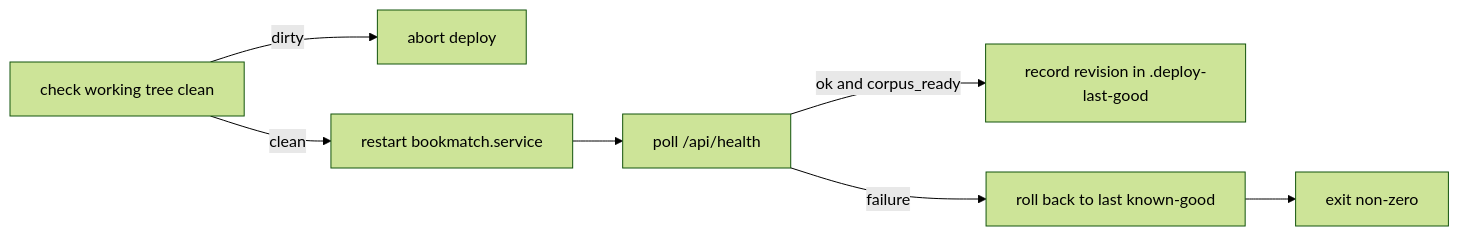
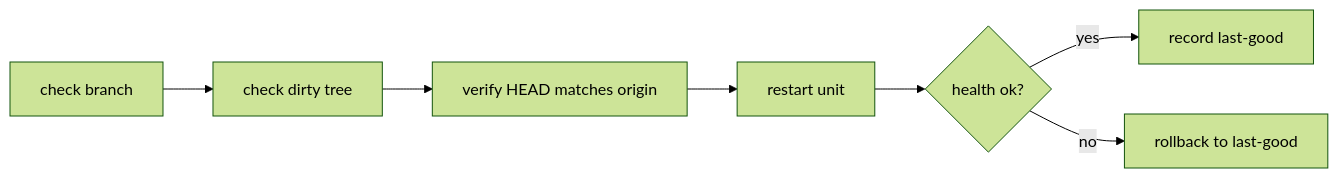
The fourth of 4 diagrams in docs/3_WORKFLOWS.md (cptntrps/bookmatch), drawn with Mermaid (forest theme) before and after one commit. The commit also changed other lines of this file and 5 other files, not shown here.

````diff
--- a/docs/3_WORKFLOWS.md
+++ b/docs/3_WORKFLOWS.md
@@ -112,9 +105,9 @@
 ```mermaid
 graph LR
-    A[check working tree clean] -->|dirty| B[abort deploy]
-    A -->|clean| C[restart bookmatch.service]
-    C --> D[poll /api/health]
-    D -->|ok and corpus_ready| E[record revision in .deploy-last-good]
-    D -->|failure| F[roll back to last known-good]
-    F --> G[exit non-zero]
+    A[check branch] --> B[check dirty tree]
+    B --> C[verify HEAD matches origin]
+    C --> D[restart unit]
+    D --> E{health ok?}
+    E -->|yes| F[record last-good]
+    E -->|no| G[rollback to last-good]
 ```
````
